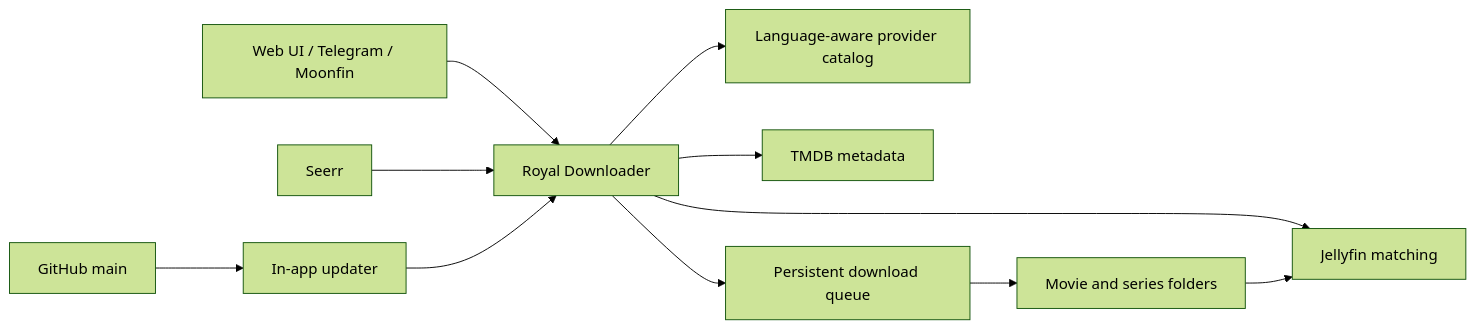
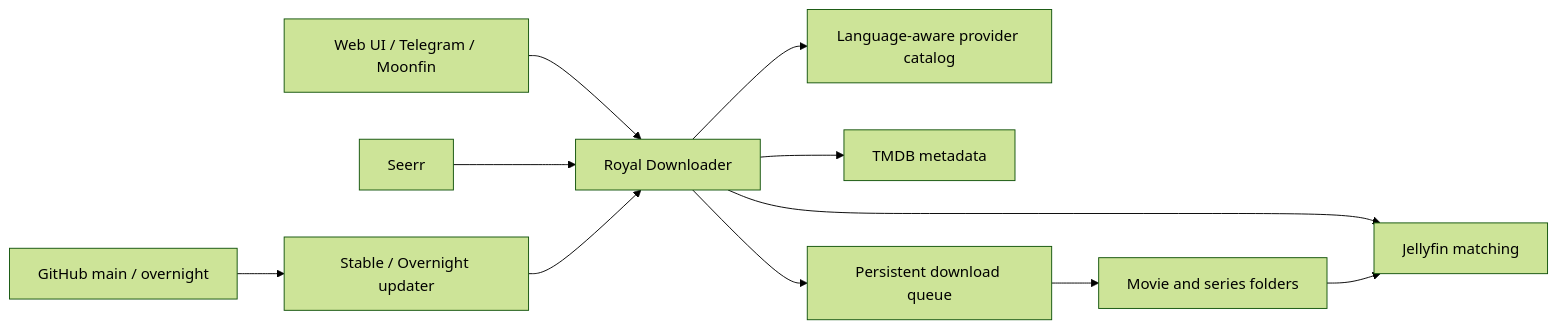
The diagram in README.md (TimeLance89/RoyalDownloader), drawn with Mermaid (forest theme) before and after one commit. The commit also changed other lines of this file and 27 other files, not shown here.

Commit message:
feat(updater): add stable and overnight channels

````diff
--- a/README.md
+++ b/README.md
@@ -164,13 +172,13 @@
 ```mermaid
 flowchart LR
     UI["Web UI / Telegram / Moonfin"] --> API["Royal Downloader"]
     API --> CAT["Language-aware provider catalog"]
     API --> TMDB["TMDB metadata"]
     API --> JF["Jellyfin matching"]
     API --> Q["Persistent download queue"]
     Q --> MEDIA["Movie and series folders"]
     MEDIA --> JF
     SEERR["Seerr"] --> API
-    GH["GitHub main"] --> UPD["In-app updater"]
+    GH["GitHub main / overnight"] --> UPD["Stable / Overnight updater"]
     UPD --> API
 ```
````
